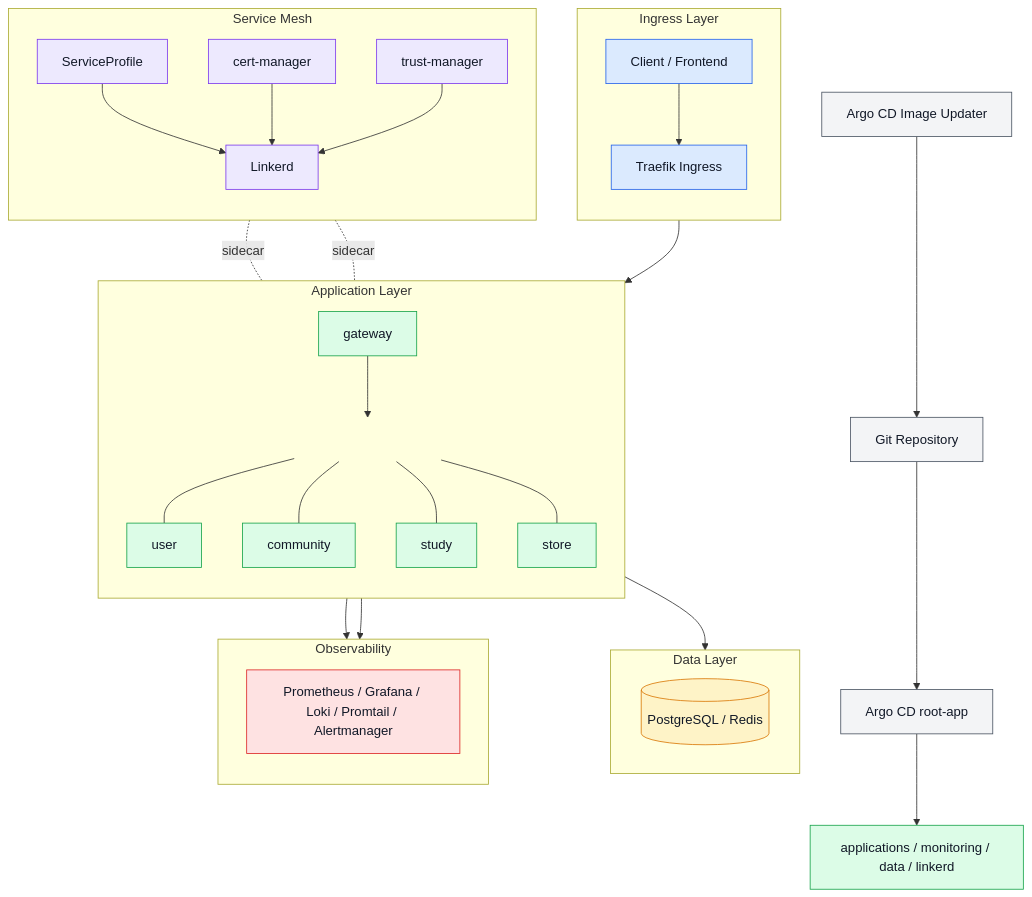
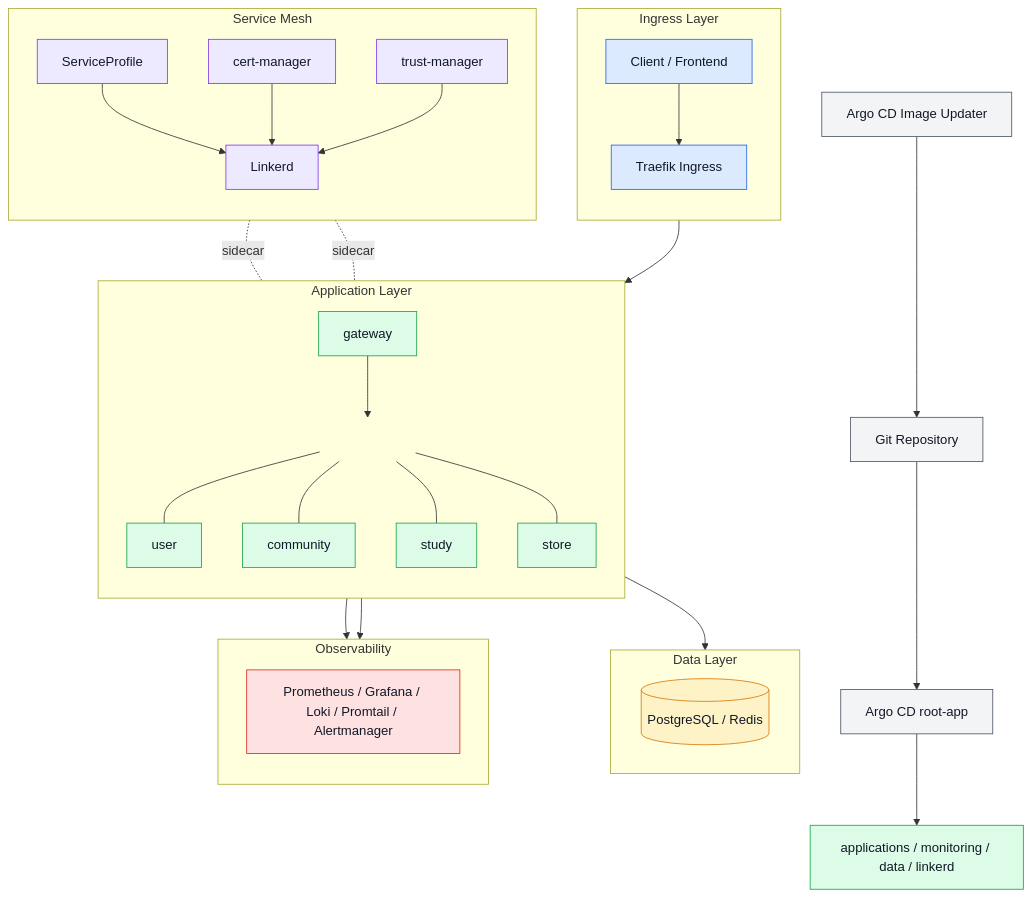
One commit to checkMateit/checkmate-kubernetes changed the diagram in README.md. Above: the diagram before and after it, drawn with Mermaid.

````diff
--- a/README.md
+++ b/README.md
@@ -16,81 +16,81 @@
 ```mermaid
 flowchart TD
     classDef gitops fill:#f3f4f6,stroke:#4b5563,color:#111827,stroke-width:1px;
     classDef ingress fill:#dbeafe,stroke:#2563eb,color:#111827,stroke-width:1px;
     classDef app fill:#dcfce7,stroke:#16a34a,color:#111827,stroke-width:1px;
     classDef data fill:#fef3c7,stroke:#d97706,color:#111827,stroke-width:1px;
     classDef mesh fill:#ede9fe,stroke:#7c3aed,color:#111827,stroke-width:1px;
     classDef obs fill:#fee2e2,stroke:#dc2626,color:#111827,stroke-width:1px;
 
     Repo[Git Repository]
     ImageUpdater[Argo CD Image Updater]
     ArgoCD[Argo CD root-app]
 
     Repo --> ArgoCD
     ImageUpdater --> Repo
 
     subgraph Ingress["Ingress Layer"]
         direction TB
         Client[Client / Frontend]
         Traefik[Traefik Ingress]
         Client --> Traefik
     end
 
     subgraph App["Application Layer"]
         direction TB
         Gateway[gateway]
        
-        DevApp[Internal Services]
+        DevApp[DevApp]
         User[user]
         Community[community]
         Study[study]
         Store[store]
 
         Traefik --> Gateway
       
         Gateway --> DevApp
         DevApp--- User
         DevApp --- Community
         DevApp --- Study
         DevApp --- Store
     end
 
     subgraph Data["Data Layer"]
         direction LR
         DataStore[(PostgreSQL / Redis)]
     end
 
     DevApp --> DataStore
 
     subgraph Mesh["Service Mesh"]
         direction TB
         Linkerd[Linkerd]
         ServiceProfile[ServiceProfile]
         CertManager[cert-manager]
         TrustManager[trust-manager]
     end
 
     Linkerd -. sidecar .- Gateway
     Linkerd -. sidecar .- DevApp
     ServiceProfile --> Linkerd
     CertManager --> Linkerd
     TrustManager --> Linkerd
 
     subgraph Obs["Observability"]
         direction TB
         Monitoring[Prometheus / Grafana / Loki / Promtail / Alertmanager]
     end
 
     Gateway --> Monitoring
     DevApp --> Monitoring
 
     ArgoCD --> Platform[applications / monitoring / data / linkerd]
 
     class Repo,ImageUpdater,ArgoCD gitops;
     class Client,Traefik ingress;
     class Gateway,User,Community,Study,Store,Platform app;
     class DataStore data;
     class Linkerd,ServiceProfile,CertManager,TrustManager mesh;
     class Monitoring obs;
     style DevApp fill:transparent,stroke:transparent,color:transparent;
 ```
````
